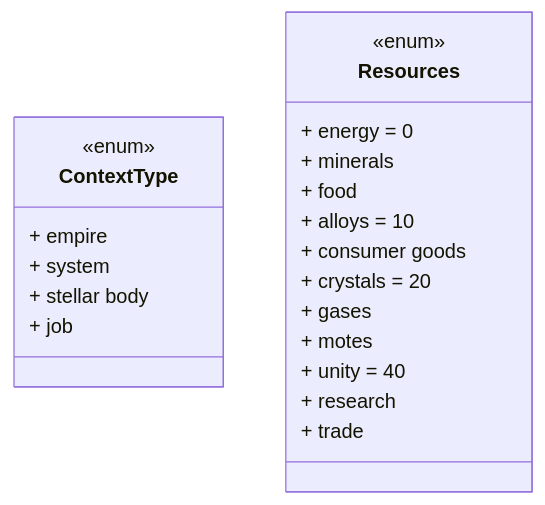
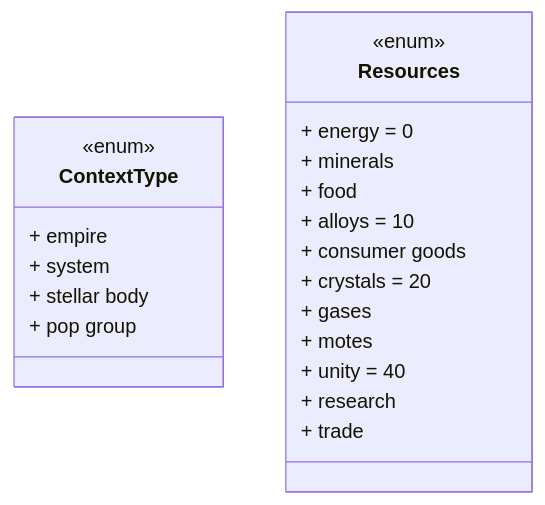
Before and after one commit to StrangeClone/SSequel: the first of 5 diagrams in desing.md, drawn with Mermaid. The commit also changed other lines of this file and 19 other files, not shown here.

````diff
--- a/desing.md
+++ b/desing.md
@@ -7,25 +7,25 @@
 ```mermaid
 classDiagram
     class ContextType {
         <<enum>>
         + empire
         + system
         + stellar body
-        + job
+        + pop group
     }
 
     class Resources {
         <<enum>>
         + energy = 0
         + minerals
         + food
         + alloys = 10
         + consumer goods
         + crystals = 20
         + gases
         + motes
         + unity = 40
         + research
         + trade
     }
 ```
````
